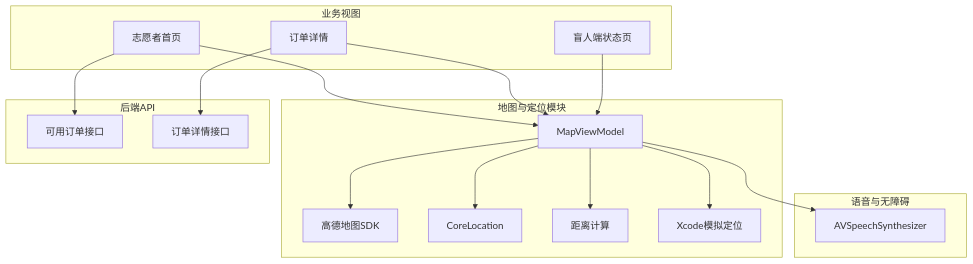
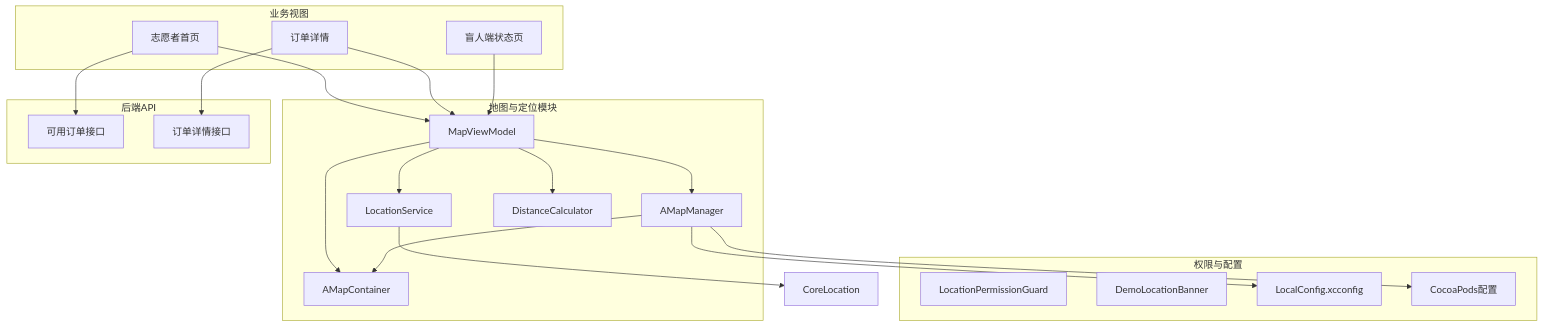
The second of 5 diagrams in .qoder/repowiki/zh/content/核心功能模块/地图与定位服务.md (Jayden23018/blind-run-ios), drawn with Mermaid before and after one commit. The commit also changed other lines of this file and 55 other files, not shown here.

````diff
--- a/.qoder/repowiki/zh/content/核心功能模块/地图与定位服务.md
+++ b/.qoder/repowiki/zh/content/核心功能模块/地图与定位服务.md
@@ -114,32 +135,38 @@
 ```mermaid
 graph TB
 subgraph "业务视图"
 VR["志愿者首页"]
 VOD["订单详情"]
 BR["盲人端状态页"]
 end
 subgraph "地图与定位模块"
 MapVM["MapViewModel"]
-AMap["高德地图SDK"]
-CL["CoreLocation"]
-Dist["距离计算"]
-Sim["Xcode模拟定位"]
+AMapMgr["AMapManager"]
+AMapContainer["AMapContainer"]
+LocationSvc["LocationService"]
+Dist["DistanceCalculator"]
 end
 subgraph "后端API"
 OA["可用订单接口"]
 OD["订单详情接口"]
 end
-subgraph "语音与无障碍"
-TTS["AVSpeechSynthesizer"]
+subgraph "权限与配置"
+PermGuard["LocationPermissionGuard"]
+DemoBanner["DemoLocationBanner"]
+XCConfig["LocalConfig.xcconfig"]
+Podfile["CocoaPods配置"]
 end
 VR --> MapVM
 VOD --> MapVM
 BR --> MapVM
-MapVM --> AMap
-MapVM --> CL
+MapVM --> AMapMgr
+MapVM --> AMapContainer
+MapVM --> LocationSvc
 MapVM --> Dist
-MapVM --> Sim
+AMapMgr --> AMapContainer
+AMapMgr --> XCConfig
+AMapMgr --> Podfile
+LocationSvc --> CoreLocation
 VR --> OA
 VOD --> OD
-MapVM --> TTS
 ```
````
